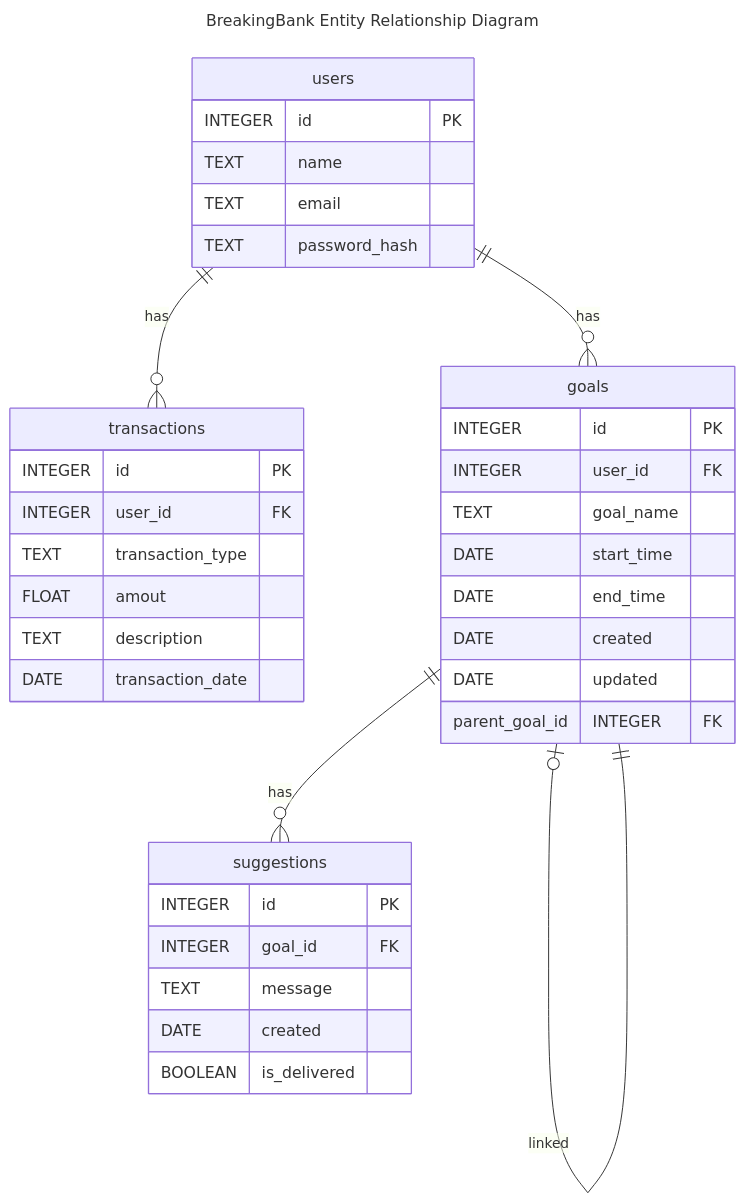
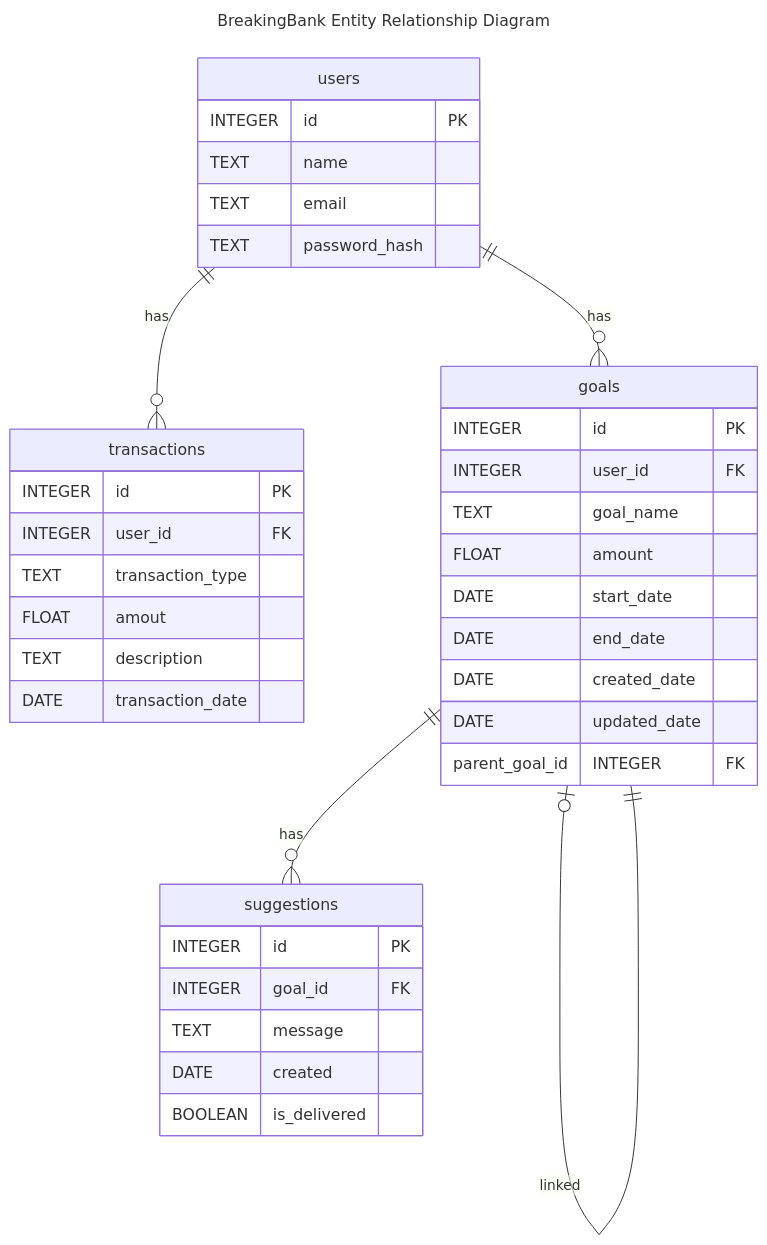
Before and after one commit to AlexandriaParkCS/2026-y12-SE-PhilipYaroshchyk-pwa-obsidian-portfolio: the diagram in 02. My Portfolio/3. Application Design/AD-05 Entity Relationship Diagrams.md, drawn with Mermaid. The commit also changed 1 other file, not shown here.

Commit message:
updated entity relationship diagram for goals

````diff
--- a/02. My Portfolio/3. Application Design/AD-05 Entity Relationship Diagrams.md
+++ b/02. My Portfolio/3. Application Design/AD-05 Entity Relationship Diagrams.md
@@ -2,43 +2,44 @@
 ``` mermaid
 --- 
 title: BreakingBank Entity Relationship Diagram
 --- 
 erDiagram
     users one -- many transactions : has
     users {
         INTEGER id PK
         TEXT name
         TEXT email
         TEXT password_hash
     }
     transactions {
         INTEGER id PK
         INTEGER user_id FK
         TEXT transaction_type
         FLOAT amout
         TEXT description
         DATE transaction_date
     }
     users one -- many goals : has
     goals one or zero -- one goals : linked
     goals {
 	    INTEGER id PK
 	    INTEGER user_id FK
 	    TEXT goal_name
-	    DATE start_time
-	    DATE end_time
-	    DATE created
-	    DATE updated
+	    FLOAT amount
+	    DATE start_date
+	    DATE end_date
+	    DATE created_date
+	    DATE updated_date
 	    parent_goal_id INTEGER FK
     }
     goals one -- many suggestions: has
     suggestions {
 	    INTEGER id PK
 	    INTEGER goal_id FK
 	    TEXT message
 	    DATE created
 	    BOOLEAN is_delivered
     }
     
     
 ```
````
